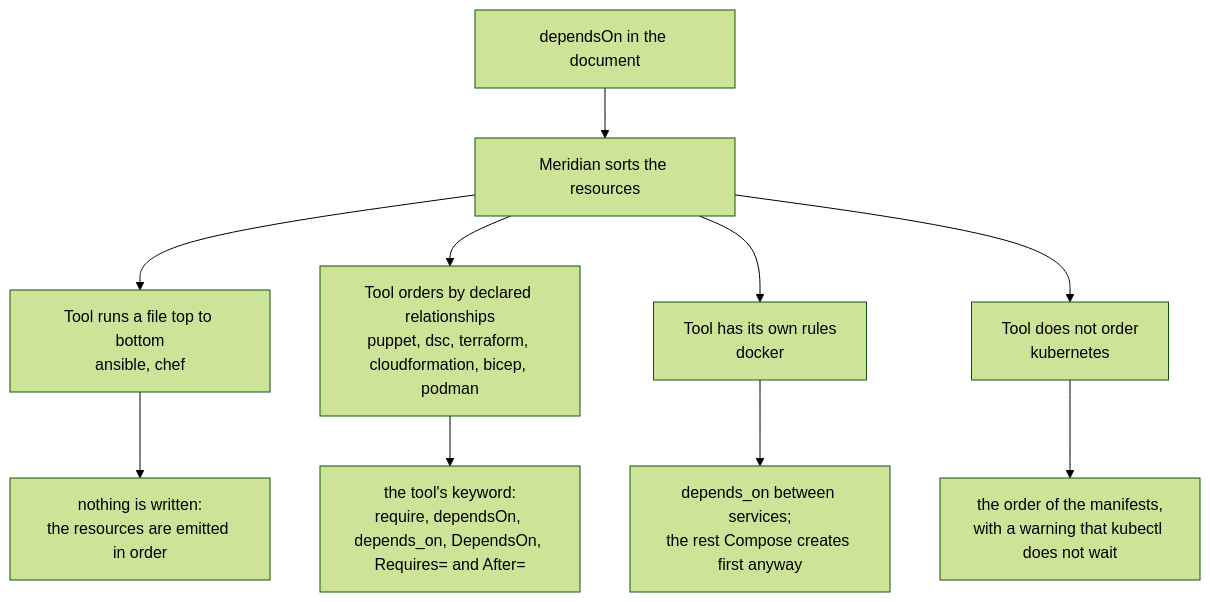
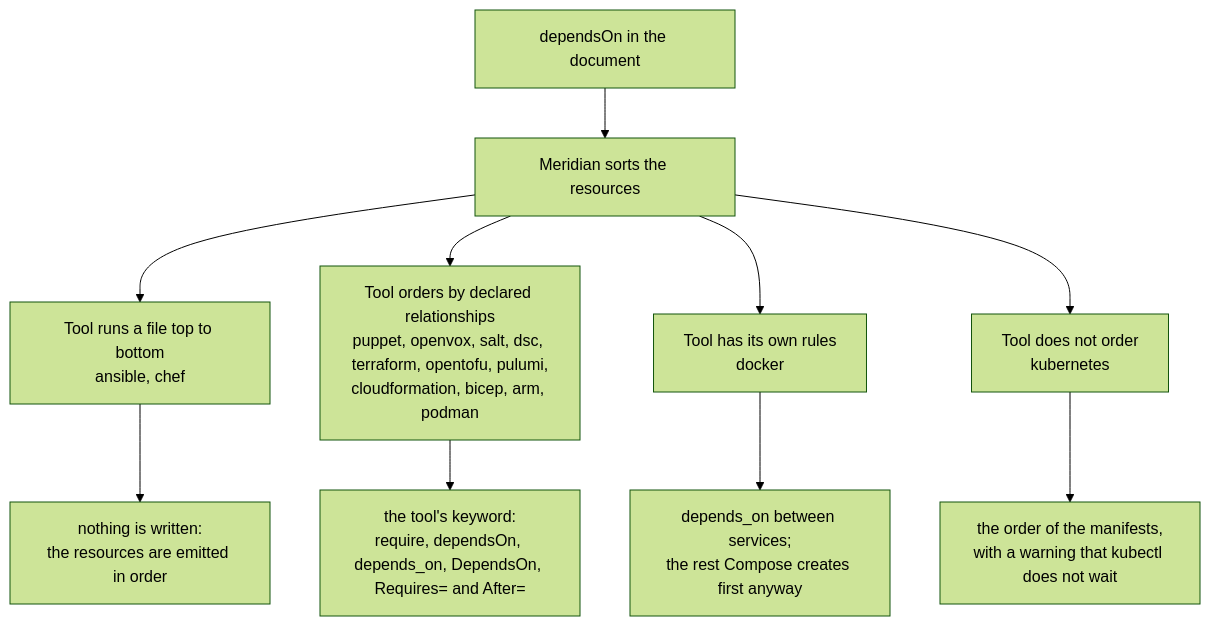
Before and after one commit to Gorkem-Taha/meridian-core: the third of 3 diagrams in docs/reference/dsl/dependson.md, drawn with Mermaid (forest theme). The commit also changed other lines of this file and 11 other files, not shown here.

````diff
--- a/docs/reference/dsl/dependson.md
+++ b/docs/reference/dsl/dependson.md
@@ -117,12 +117,12 @@
 ```mermaid
 flowchart TD
     D["dependsOn in the document"] --> S["Meridian sorts the resources"]
     S --> F["Tool runs a file top to bottom<br/>ansible, chef"]
-    S --> R["Tool orders by declared relationships<br/>puppet, dsc, terraform, cloudformation, bicep, podman"]
+    S --> R["Tool orders by declared relationships<br/>puppet, openvox, salt, dsc, terraform, opentofu, pulumi,<br/>cloudformation, bicep, arm, podman"]
     S --> O["Tool has its own rules<br/>docker"]
     S --> N["Tool does not order<br/>kubernetes"]
     F --> F2["nothing is written:<br/>the resources are emitted in order"]
     R --> R2["the tool's keyword:<br/>require, dependsOn, depends_on, DependsOn, Requires= and After="]
     O --> O2["depends_on between services;<br/>the rest Compose creates first anyway"]
     N --> N2["the order of the manifests,<br/>with a warning that kubectl does not wait"]
 ```
````
